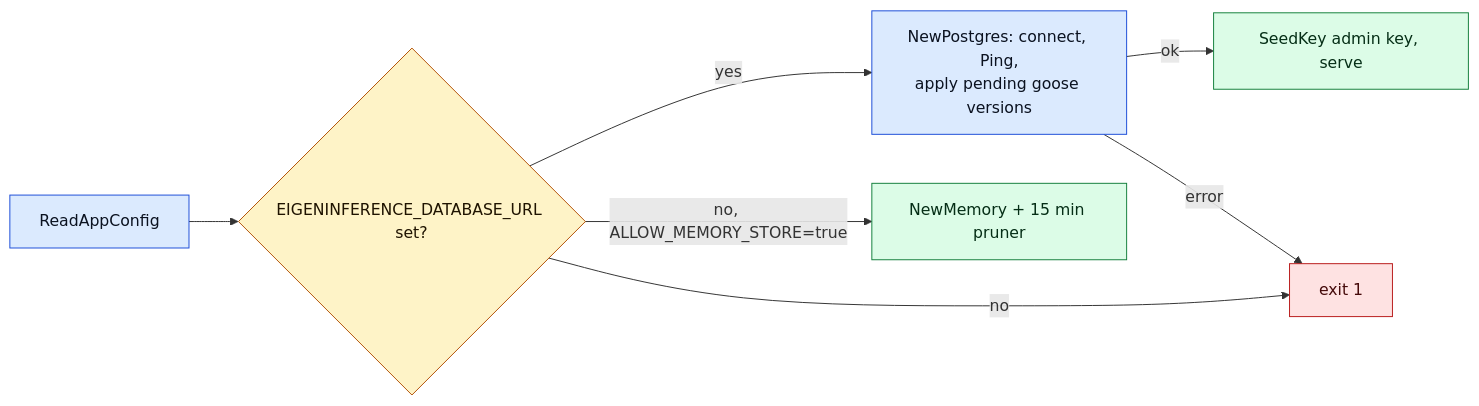
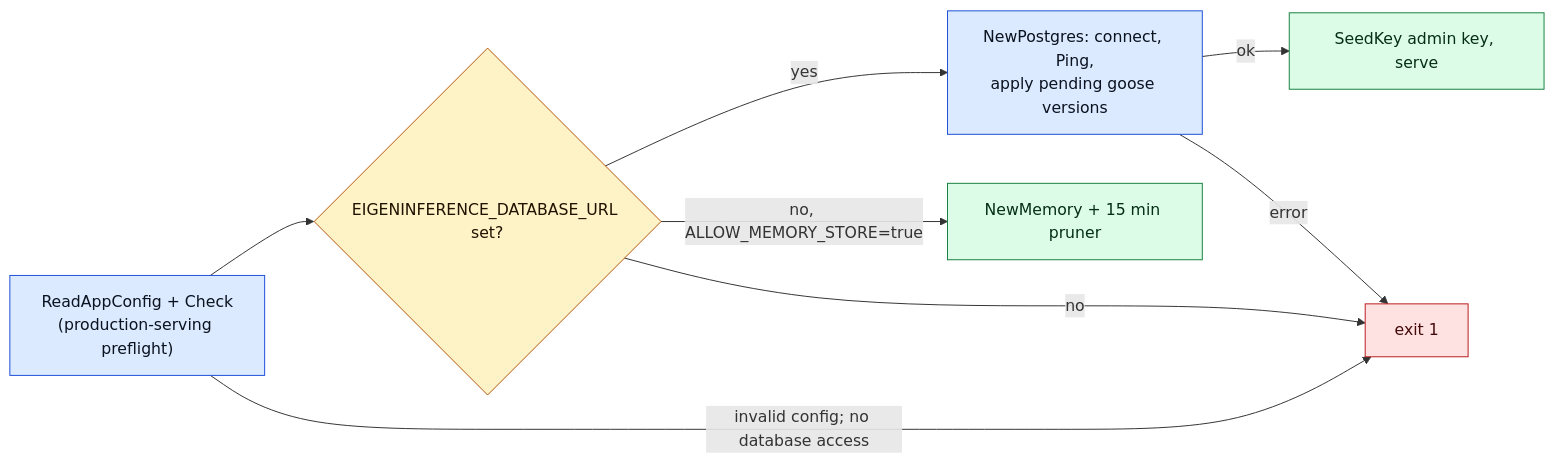
Before and after one commit to Layr-Labs/d-inference: the diagram in docs/architecture/storage.md, drawn with Mermaid. The commit also changed other lines of this file and 48 other files, not shown here.

````diff
--- a/docs/architecture/storage.md
+++ b/docs/architecture/storage.md
@@ -211,13 +214,14 @@
 ```mermaid
 flowchart LR
   classDef step fill:#dbeafe,stroke:#1d4ed8,color:#0b1220
   classDef check fill:#fef3c7,stroke:#b45309,color:#1f1300
   classDef ok fill:#dcfce7,stroke:#15803d,color:#052e16
   classDef fail fill:#fee2e2,stroke:#b91c1c,color:#450a0a
-  A["ReadAppConfig"]:::step --> B{"EIGENINFERENCE_DATABASE_URL set?"}:::check
+  A["ReadAppConfig + Check<br/>(production-serving preflight)"]:::step --> B{"EIGENINFERENCE_DATABASE_URL set?"}:::check
+  A -- "invalid config; no database access" --> X["exit 1"]:::fail
   B -- "yes" --> C["NewPostgres: connect, Ping,<br/>apply pending goose versions"]:::step
   C -- "ok" --> G["SeedKey admin key, serve"]:::ok
-  C -- "error" --> X["exit 1"]:::fail
+  C -- "error" --> X
   B -- "no, ALLOW_MEMORY_STORE=true" --> H["NewMemory + 15 min pruner"]:::ok
   B -- "no" --> X
 ```
````
